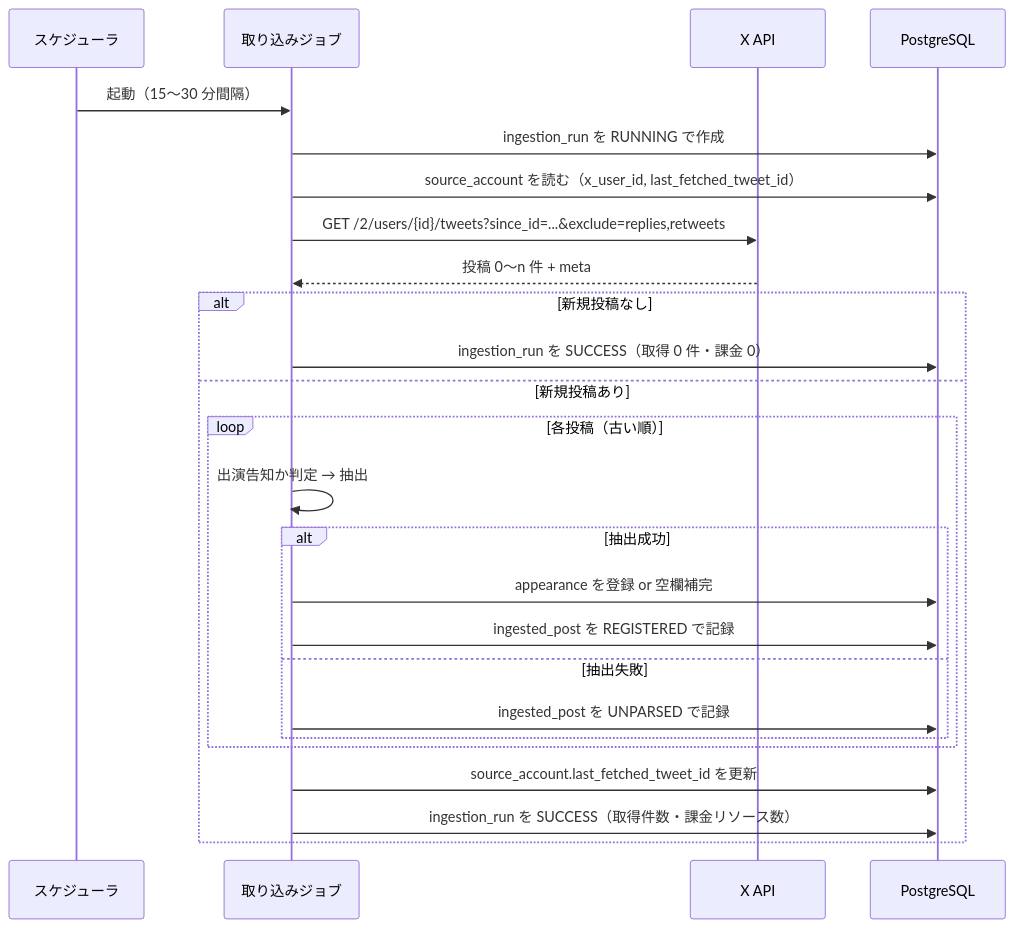
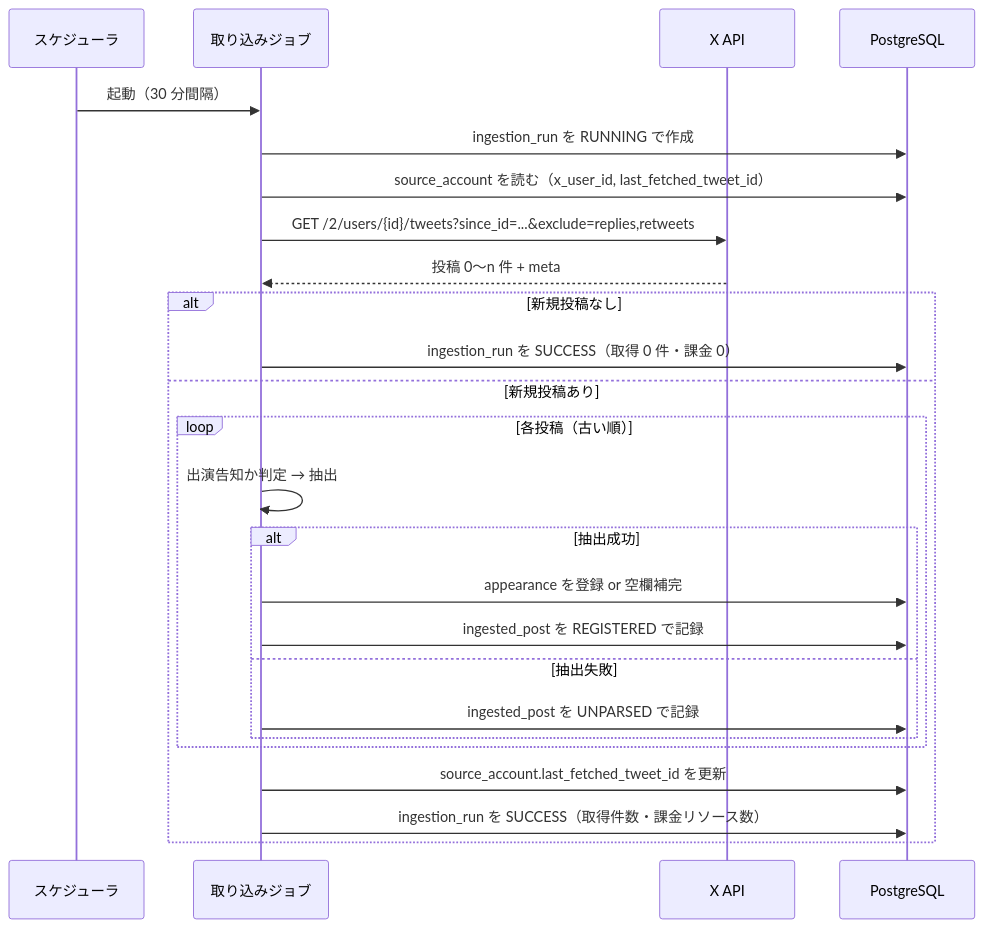
The diagram in docs/x-integration.md (gitzhich/hatena-calendar), drawn with Mermaid before and after one commit. The commit also changed other lines of this file and 7 other files, not shown here.

````diff
--- a/docs/x-integration.md
+++ b/docs/x-integration.md
@@ -30,29 +30,29 @@
 ```mermaid
 sequenceDiagram
     participant S as スケジューラ
     participant J as 取り込みジョブ
     participant X as X API
     participant DB as PostgreSQL
 
-    S->>J: 起動（15〜30 分間隔）
+    S->>J: 起動（30 分間隔）
     J->>DB: ingestion_run を RUNNING で作成
     J->>DB: source_account を読む（x_user_id, last_fetched_tweet_id）
     J->>X: GET /2/users/{id}/tweets?since_id=...&exclude=replies,retweets
     X-->>J: 投稿 0〜n 件 + meta
 
     alt 新規投稿なし
         J->>DB: ingestion_run を SUCCESS（取得 0 件・課金 0）
     else 新規投稿あり
         loop 各投稿（古い順）
             J->>J: 出演告知か判定 → 抽出
             alt 抽出成功
                 J->>DB: appearance を登録 or 空欄補完
                 J->>DB: ingested_post を REGISTERED で記録
             else 抽出失敗
                 J->>DB: ingested_post を UNPARSED で記録
             end
         end
         J->>DB: source_account.last_fetched_tweet_id を更新
         J->>DB: ingestion_run を SUCCESS（取得件数・課金リソース数）
     end
 ```
````
